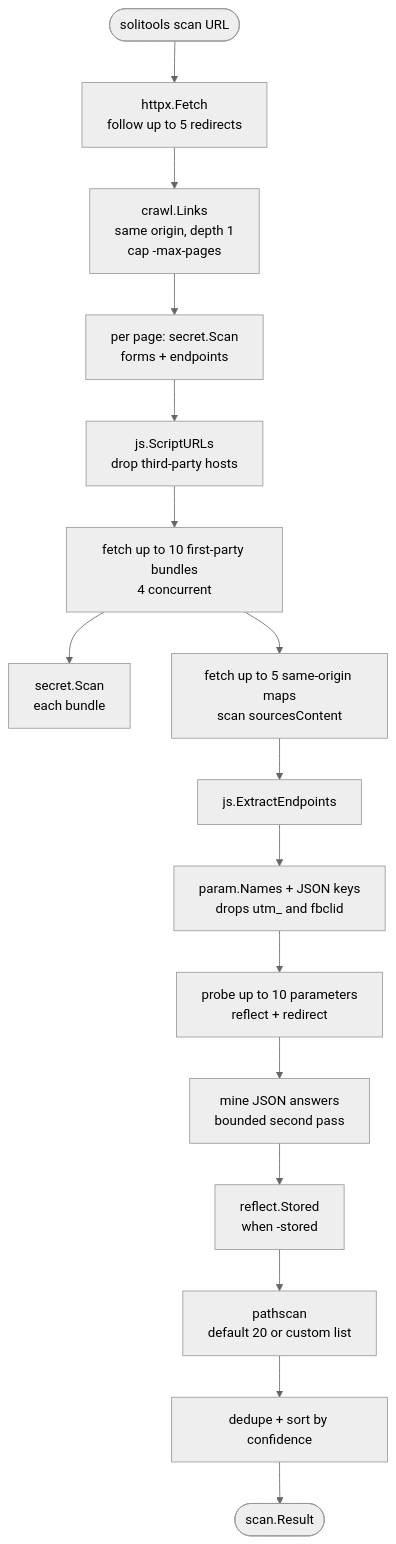
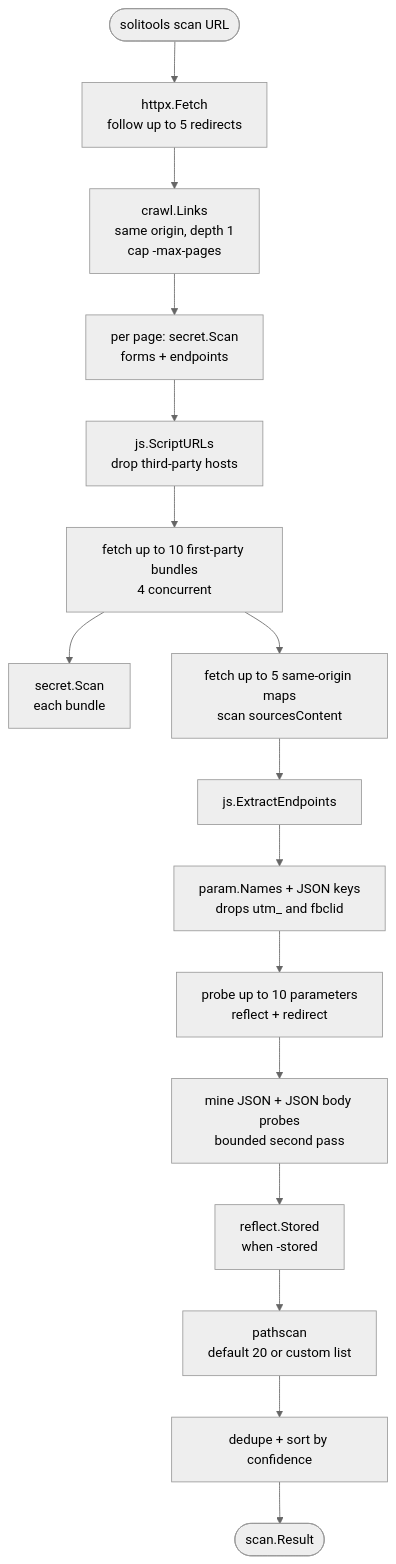
Before and after one commit to soliofski/SoliTools: the second of 7 diagrams in HANDOVER.md, drawn with Mermaid (neutral theme). The commit also changed other lines of this file and 13 other files, not shown here.

First line of the commit message:
feat(json): probe API parameters with JSON request bodies

````diff
--- a/HANDOVER.md
+++ b/HANDOVER.md
@@ -321,18 +321,18 @@
 ```mermaid
 flowchart TD
     START(["solitools scan URL"]) --> FETCH["httpx.Fetch<br/>follow up to 5 redirects"]
     FETCH --> CRAWL["crawl.Links<br/>same origin, depth 1<br/>cap -max-pages"]
     CRAWL --> PAGE["per page: secret.Scan<br/>forms + endpoints"]
     PAGE --> SCRIPTS["js.ScriptURLs<br/>drop third-party hosts"]
     SCRIPTS --> FETCHJS["fetch up to 10 first-party bundles<br/>4 concurrent"]
     FETCHJS --> SEC2["secret.Scan<br/>each bundle"]
     FETCHJS --> MAPS["fetch up to 5 same-origin maps<br/>scan sourcesContent"]
     MAPS --> ENDP["js.ExtractEndpoints"]
     ENDP --> PARAMS["param.Names + JSON keys<br/>drops utm_ and fbclid"]
     PARAMS --> PROBE["probe up to 10 parameters<br/>reflect + redirect"]
-    PROBE --> JSONP["mine JSON answers<br/>bounded second pass"]
+    PROBE --> JSONP["mine JSON + JSON body probes<br/>bounded second pass"]
     JSONP --> STORED["reflect.Stored<br/>when -stored"]
     STORED --> PATHS["pathscan<br/>default 20 or custom list"]
     PATHS --> DEDUPE["dedupe + sort by confidence"]
     DEDUPE --> OUT(["scan.Result"])
 ```
````
